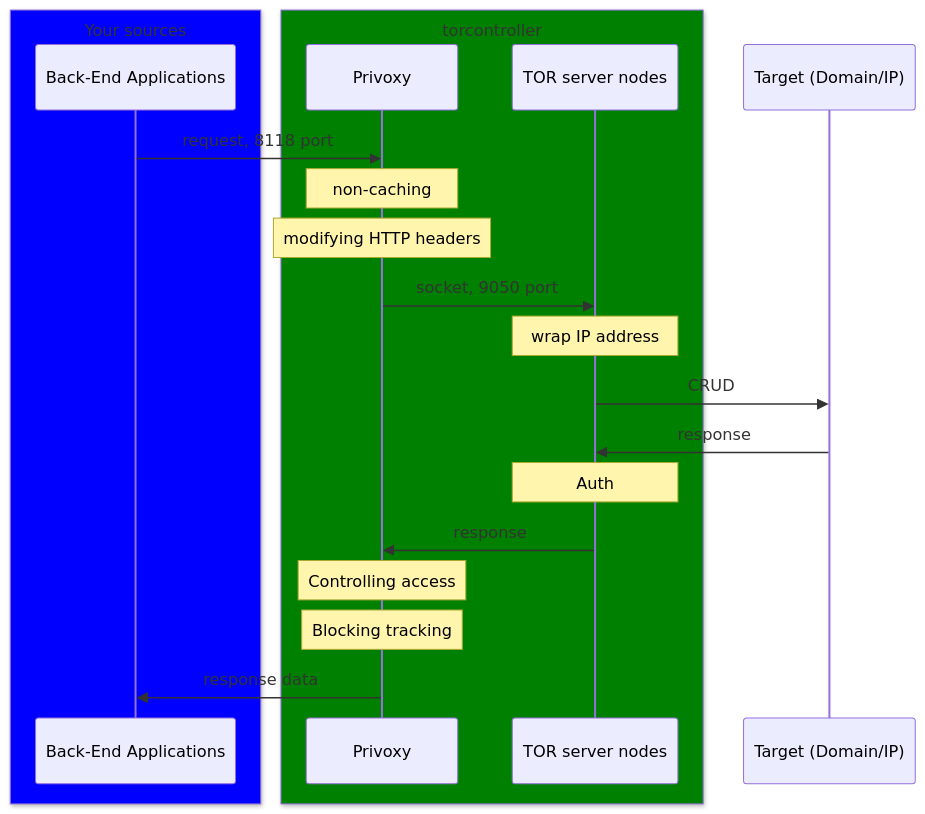
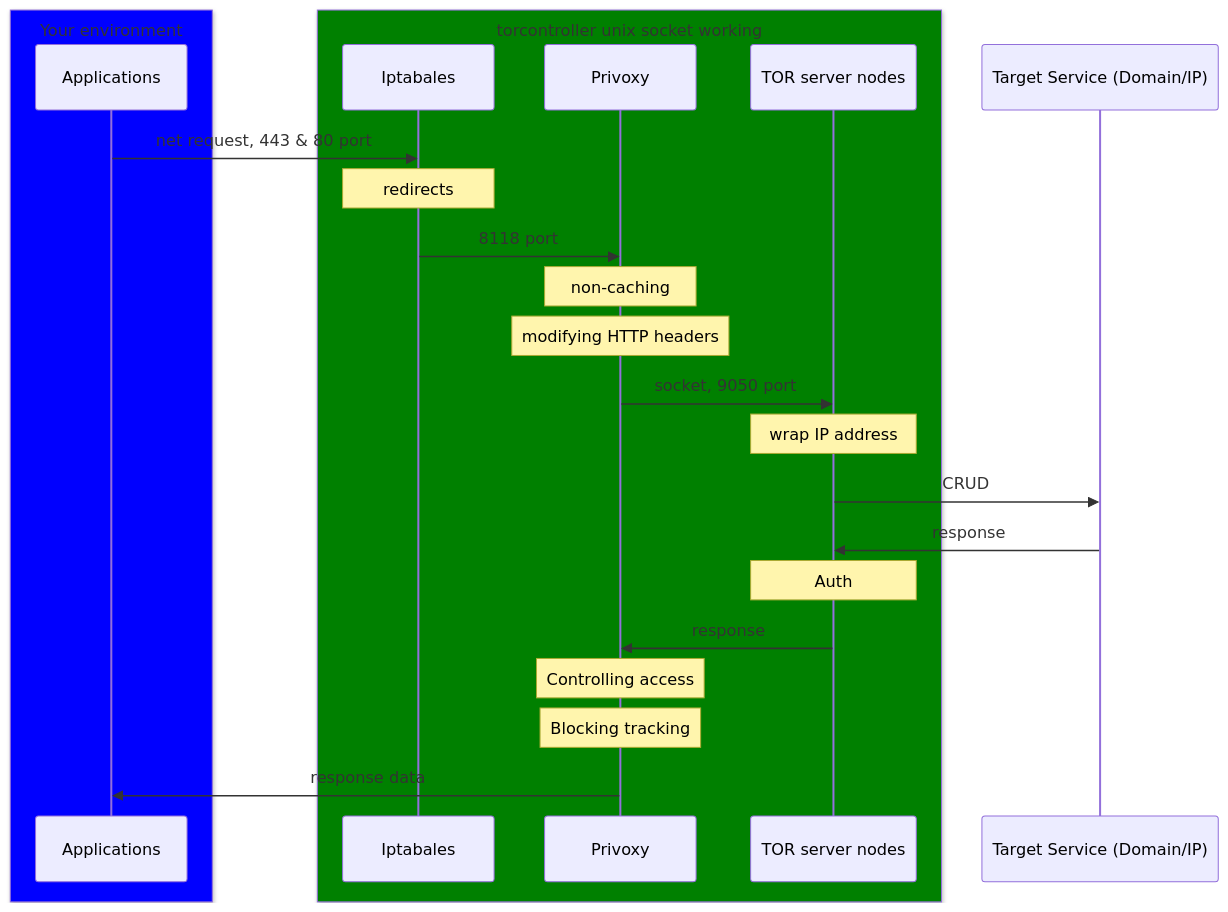
Before and after one commit to Seicrypto/torcontroller: the diagram in README.md, drawn with Mermaid. The commit also changed other lines of this file and 4 other files, not shown here.

````diff
--- a/README.md
+++ b/README.md
@@ -23,25 +74,28 @@
 ```mermaid
 sequenceDiagram
 %% Declaration
-    box blue Your sources
-    participant usr as Back-End Applications
+    box blue Your environment
+    participant usr as Applications
     end
-    box green torcontroller
+    box green torcontroller unix socket working
+    participant ipt as Iptabales
     participant pv as Privoxy
     participant tor as TOR server nodes
     end
-    participant tg as Target (Domain/IP)
+    participant tg as Target Service (Domain/IP)
 %% Relation
-    usr->>pv: request, 8118 port
+    usr->>ipt: net request, 443 & 80 port
+    Note over ipt: redirects
+    ipt->>pv: 8118 port
     Note over pv: non-caching
     Note over pv: modifying HTTP headers
     pv->>tor: socket, 9050 port
     Note over tor: wrap IP address
     tor->>tg: CRUD
     tg->>tor: response
     Note over tor: Auth
     tor->>pv: response
     Note over pv: Controlling access
     Note over pv: Blocking tracking
     pv->>usr: response data
 ```
````
